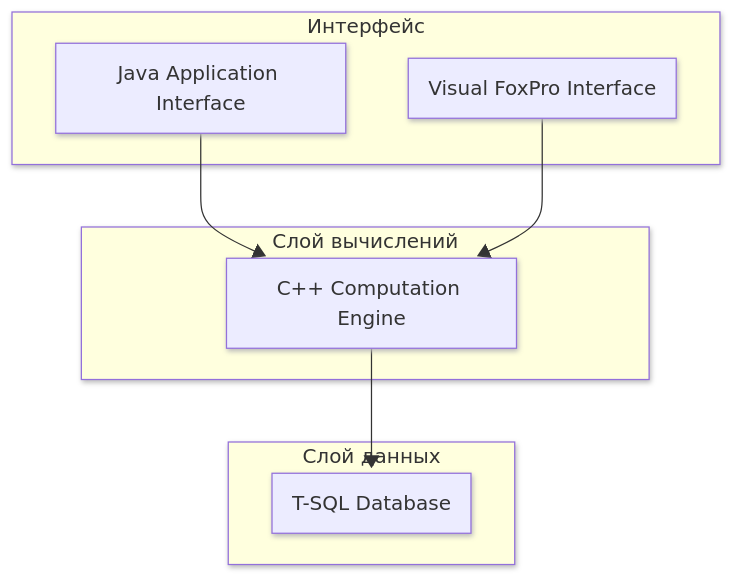
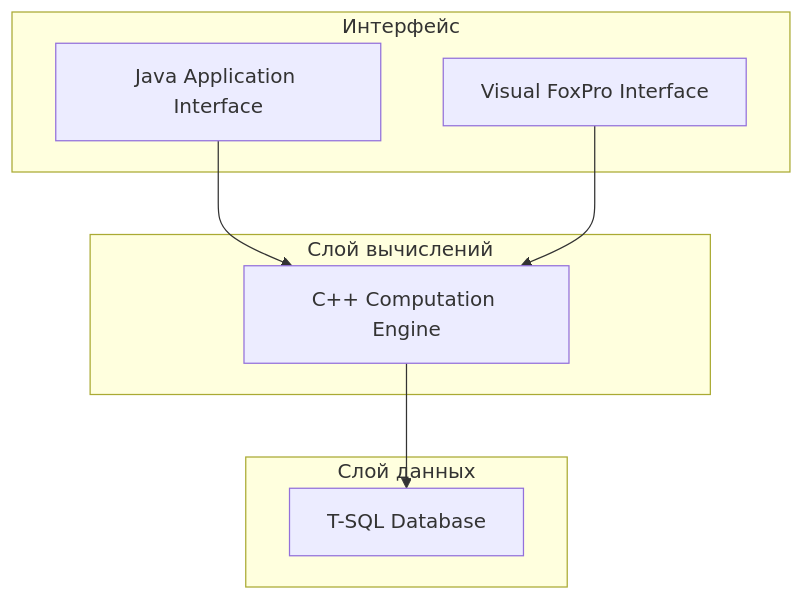
The diagram in new-page.md (itidasoft/wiki), drawn with Mermaid before and after one commit. The commit also changed other lines of this file, not shown here.

Commit message:
docs: update new-page

````diff
--- a/new-page.md
+++ b/new-page.md
@@ -13,22 +13,16 @@
 ```mermaid
----
-config:
-  theme: default
-  look: neo
-  layout: dagre
----
 flowchart TD
  subgraph s1["Интерфейс"]
         Java["Java Application Interface"]
         VFP["Visual FoxPro Interface"]
   end
  subgraph subGraph1["Слой вычислений"]
         CPP["C++ Computation Engine"]
   end
  subgraph subGraph2["Слой данных"]
         TSQL["T-SQL Database"]
   end
     Java --> CPP
     VFP --> CPP
     CPP --> TSQL
 ```
````
